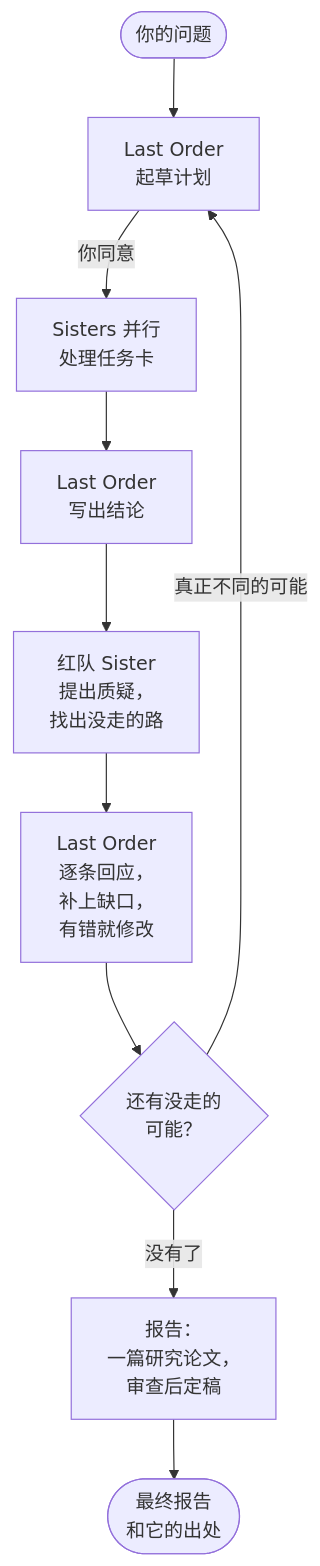
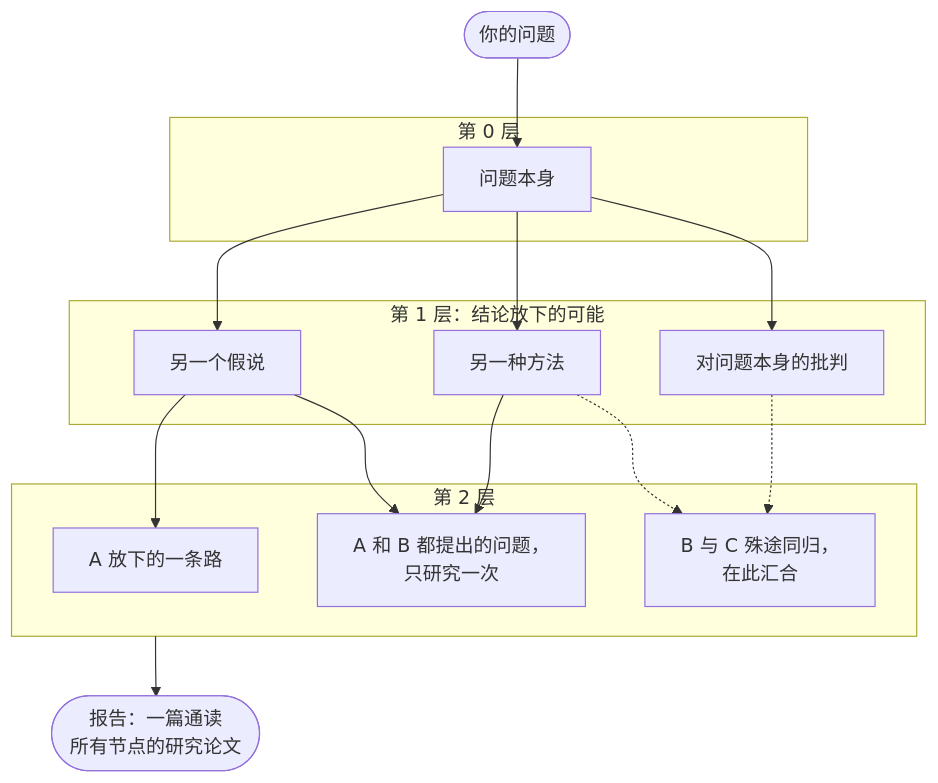
One commit to LioraRndr/Misaka-Agent changed the diagram in README.zh-CN.md. Above: the diagram before and after it, drawn with Mermaid. The commit also changed other lines of this file and 8 other files, not shown here.

First line of the commit message:
README 突出 MISAKA 的独到之处，研究流程图改画研究图；文档补上 Windows 说明

````diff
--- a/README.zh-CN.md
+++ b/README.zh-CN.md
@@ -53,12 +56,22 @@
 ```mermaid
 flowchart TD
-    Q(["你的问题"]) --> P["Last Order<br/>起草计划"]
-    P -->|"你同意"| C["Sisters 并行<br/>处理任务卡"]
-    C --> N["Last Order<br/>写出结论"]
-    N --> R["红队 Sister<br/>提出质疑，<br/>找出没走的路"]
-    R --> A["Last Order<br/>逐条回应，<br/>补上缺口，<br/>有错就修改"]
-    A --> B{"还有没走的<br/>可能？"}
-    B -->|"真正不同的可能"| P
-    B -->|"没有了"| F["报告：<br/>一篇研究论文，<br/>审查后定稿"]
-    F --> O(["最终报告<br/>和它的出处"])
+    Q(["你的问题"]) --> R
+    subgraph L0["第 0 层"]
+        R["问题本身"]
+    end
+    subgraph L1["第 1 层：结论放下的可能"]
+        A["另一个假说"]
+        B["另一种方法"]
+        C["对问题本身的批判"]
+    end
+    subgraph L2["第 2 层"]
+        A1["A 放下的一条路"]
+        M["A 和 B 都提出的问题，<br/>只研究一次"]
+        J["B 与 C 殊途同归，<br/>在此汇合"]
+    end
+    R --> A & B & C
+    A --> A1
+    A & B --> M
+    B & C -.-> J
+    L2 --> F(["报告：一篇通读<br/>所有节点的研究论文"])
 ```
````
